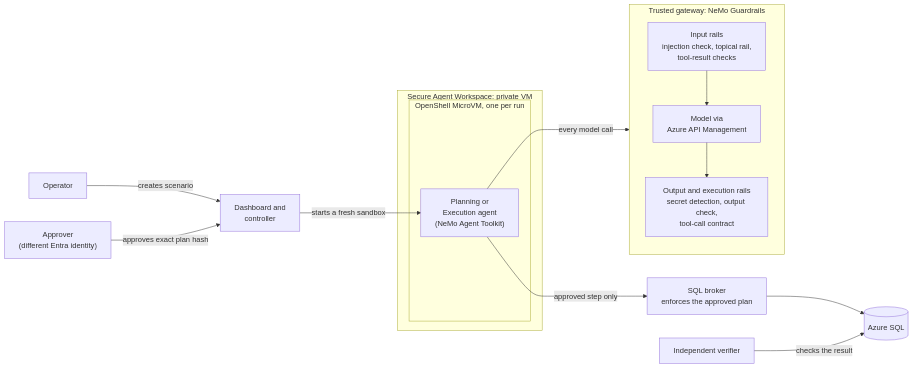
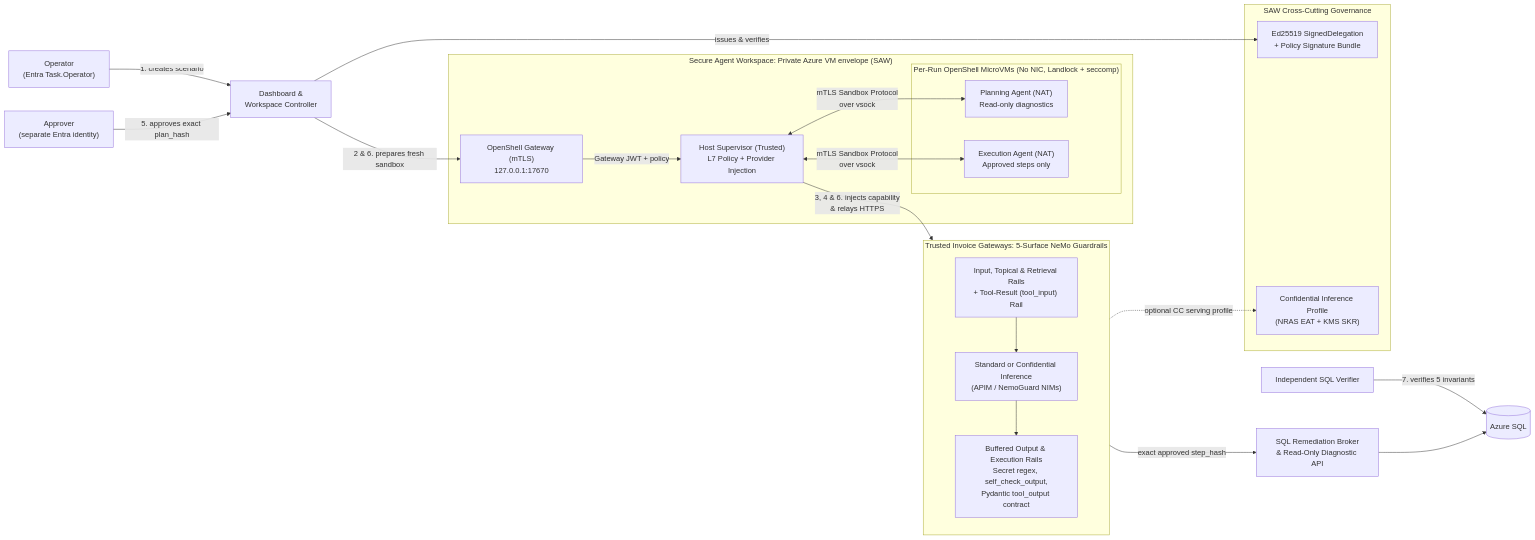
One commit to ChrisHanna/LearningNemo changed the diagram in README.md. Above: the diagram before and after it, drawn with Mermaid. The commit also changed other lines of this file and 59 other files, not shown here.

Commit message:
Add SAW Phase II governance, 5-surface guardrails, CC attestation, and architecture labels

````diff
--- a/README.md
+++ b/README.md
@@ -23,25 +25,38 @@
 ```mermaid
 flowchart LR
-    OP["Operator"] -->|"creates scenario"| DASH["Dashboard and<br/>controller"]
-    APR["Approver<br/>(different Entra identity)"] -->|"approves exact plan hash"| DASH
+    OP["Operator<br/>(Entra Task.Operator)"] -->|"1. creates scenario"| DASH["Dashboard &<br/>Workspace Controller"]
+    APR["Approver<br/>(separate Entra identity)"] -->|"5. approves exact plan_hash"| DASH
 
-    subgraph SAW["Secure Agent Workspace: private VM"]
-        subgraph OS["OpenShell MicroVM, one per run"]
-            AGENT["Planning or<br/>Execution agent<br/>(NeMo Agent Toolkit)"]
-        end
+    subgraph GOV["SAW Cross-Cutting Governance"]
+        DEL["Ed25519 SignedDelegation<br/>+ Policy Signature Bundle"]
+        CC["Confidential Inference Profile<br/>(NRAS EAT + KMS SKR)"]
     end
 
-    subgraph GW["Trusted gateway: NeMo Guardrails"]
+    subgraph SAW["Secure Agent Workspace: Private Azure VM envelope (SAW)"]
+        OSGW["OpenShell Gateway (mTLS)<br/>127.0.0.1:17670"]
+        SUP["Host Supervisor (Trusted)<br/>L7 Policy + Provider Injection"]
+        subgraph MV["Per-Run OpenShell MicroVMs (No NIC, Landlock + seccomp)"]
+            PLAN["Planning Agent (NAT)<br/>Read-only diagnostics"]
+            EXEC["Execution Agent (NAT)<br/>Approved steps only"]
+        end
+        OSGW -->|"Gateway JWT + policy"| SUP
+        SUP <-->|"mTLS Sandbox Protocol<br/>over vsock"| PLAN
+        SUP <-->|"mTLS Sandbox Protocol<br/>over vsock"| EXEC
+    end
+
+    subgraph GW["Trusted Invoice Gateways: 5-Surface NeMo Guardrails"]
         direction TB
-        IN["Input rails<br/>injection check, topical rail,<br/>tool-result checks"]
-        LLM["Model via<br/>Azure API Management"]
-        OUT["Output and execution rails<br/>secret detection, output check,<br/>tool-call contract"]
+        IN["Input, Topical & Retrieval Rails<br/>+ Tool-Result (tool_input) Rail"]
+        LLM["Standard or Confidential Inference<br/>(APIM / NemoGuard NIMs)"]
+        OUT["Buffered Output & Execution Rails<br/>Secret regex, self_check_output,<br/>Pydantic tool_output contract"]
         IN --> LLM --> OUT
     end
 
-    DASH -->|"starts a fresh sandbox"| AGENT
-    AGENT -->|"every model call"| IN
-    AGENT -->|"approved step only"| BROKER["SQL broker<br/>enforces the approved plan"]
+    DASH -->|"issues & verifies"| DEL
+    LLM -.->|"optional CC serving profile"| CC
+    DASH -->|"2 & 6. prepares fresh sandbox"| OSGW
+    SUP -->|"3, 4 & 6. injects capability<br/>& relays HTTPS"| IN
+    GW -->|"exact approved step_hash"| BROKER["SQL Remediation Broker<br/>& Read-Only Diagnostic API"]
     BROKER --> SQL[("Azure SQL")]
-    VER["Independent verifier"] -->|"checks the result"| SQL
+    VER["Independent SQL Verifier"] -->|"7. verifies 5 invariants"| SQL
 ```
````
